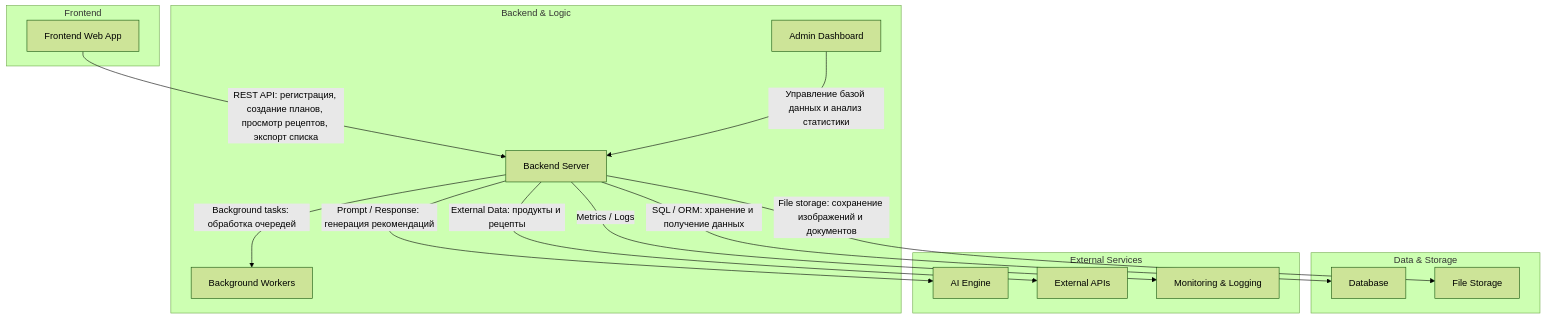
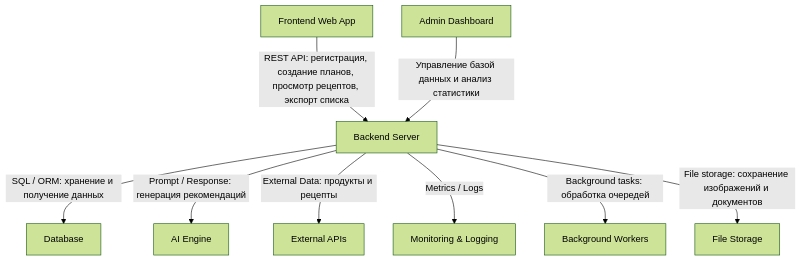
Before and after one commit to vstu-sii/master-2025-team-usb: the second of 3 diagrams in docs/architecture/c4-diagrams.md, drawn with Mermaid (forest theme).

`````diff
--- a/docs/architecture/c4-diagrams.md
+++ b/docs/architecture/c4-diagrams.md
@@ -20,37 +20,27 @@
 ```mermaid
 graph TD
-    %% Группы контейнеров
-    subgraph UI [Frontend]
-        FE[Frontend Web App]
-    end
-
-    subgraph Server [Backend & Logic]
-        BE[Backend Server]
-        AD[Admin Dashboard]
-        WORK[Background Workers]
-    end
-
-    subgraph Data [Data & Storage]
-        DB[Database]
-        STORAGE[File Storage]
-    end
-
-    subgraph External [External Services]
-        AI[AI Engine]
-        API[External APIs]
-        LOG[Monitoring & Logging]
-    end
+    %% Контейнеры
+    FE[Frontend Web App]
+    BE[Backend Server]
+    DB[Database]
+    AD[Admin Dashboard]
+    AI[AI Engine]
+    API[External APIs]
+    LOG[Monitoring & Logging]
+    WORK[Background Workers]
+    STORAGE[File Storage]
 
     %% Взаимодействия
     FE -->|REST API: регистрация, создание планов, просмотр рецептов, экспорт списка| BE
     BE -->|SQL / ORM: хранение и получение данных| DB
     BE -->|Prompt / Response: генерация рекомендаций| AI
     BE -->|External Data: продукты и рецепты| API
     BE -->|Metrics / Logs| LOG
     BE -->|Background tasks: обработка очередей| WORK
     BE -->|File storage: сохранение изображений и документов| STORAGE
     AD -->|Управление базой данных и анализ статистики| BE
 
 
 
+
 ````
`````
